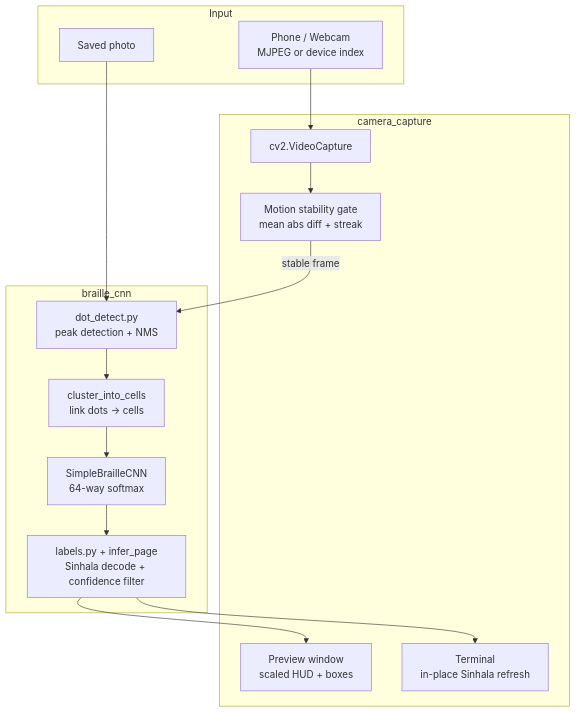
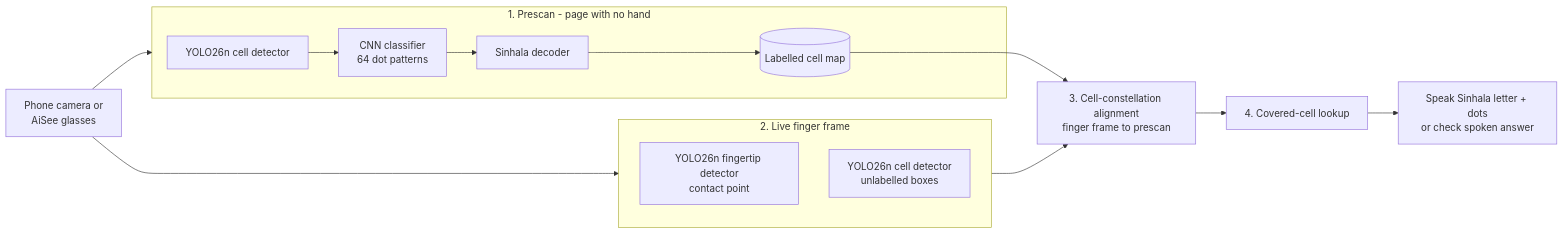
One commit to Kalana-Lakshan/BrailleLens changed the diagram in README.md. Above: the diagram before and after it, drawn with Mermaid. The commit also changed other lines of this file, not shown here.

````diff
--- a/README.md
+++ b/README.md
@@ -167,28 +52,20 @@
 ```mermaid
-flowchart TB
-    subgraph Input
-        CAM[Phone / Webcam<br/>MJPEG or device index]
-        IMG[Saved photo]
+flowchart LR
+    CAM[Phone camera or<br/>AiSee glasses] --> PRE
+
+    subgraph PRE[1. Prescan - page with no hand]
+        DET[YOLO26n cell detector] --> CNN[CNN classifier<br/>64 dot patterns] --> DEC[Sinhala decoder] --> MAP[(Labelled cell map)]
     end
 
-    subgraph camera_capture
-        CAP[cv2.VideoCapture]
-        STAB[Motion stability gate<br/>mean abs diff + streak]
-        PREV[Preview window<br/>scaled HUD + boxes]
-        TERM[Terminal<br/>in-place Sinhala refresh]
+    CAM --> LIVE
+
+    subgraph LIVE[2. Live finger frame]
+        TIP[YOLO26n fingertip detector<br/>contact point]
+        CELLS[YOLO26n cell detector<br/>unlabelled boxes]
     end
 
-    subgraph braille_cnn
-        DD[dot_detect.py<br/>peak detection + NMS]
-        CL[cluster_into_cells<br/>link dots -> cells]
-        CNN[SimpleBrailleCNN<br/>64-way softmax]
-        DEC[labels.py + infer_page<br/>Sinhala decode + confidence filter]
-    end
-
-    CAM --> CAP --> STAB
-    STAB -->|stable frame| DD
-    IMG --> DD
-    DD --> CL --> CNN --> DEC
-    DEC --> TERM
-    DEC --> PREV
+    LIVE --> ALIGN[3. Cell-constellation alignment<br/>finger frame to prescan]
+    MAP --> ALIGN
+    ALIGN --> HIT[4. Covered-cell lookup]
+    HIT --> OUT[Speak Sinhala letter + dots<br/>or check spoken answer]
 ```
````
